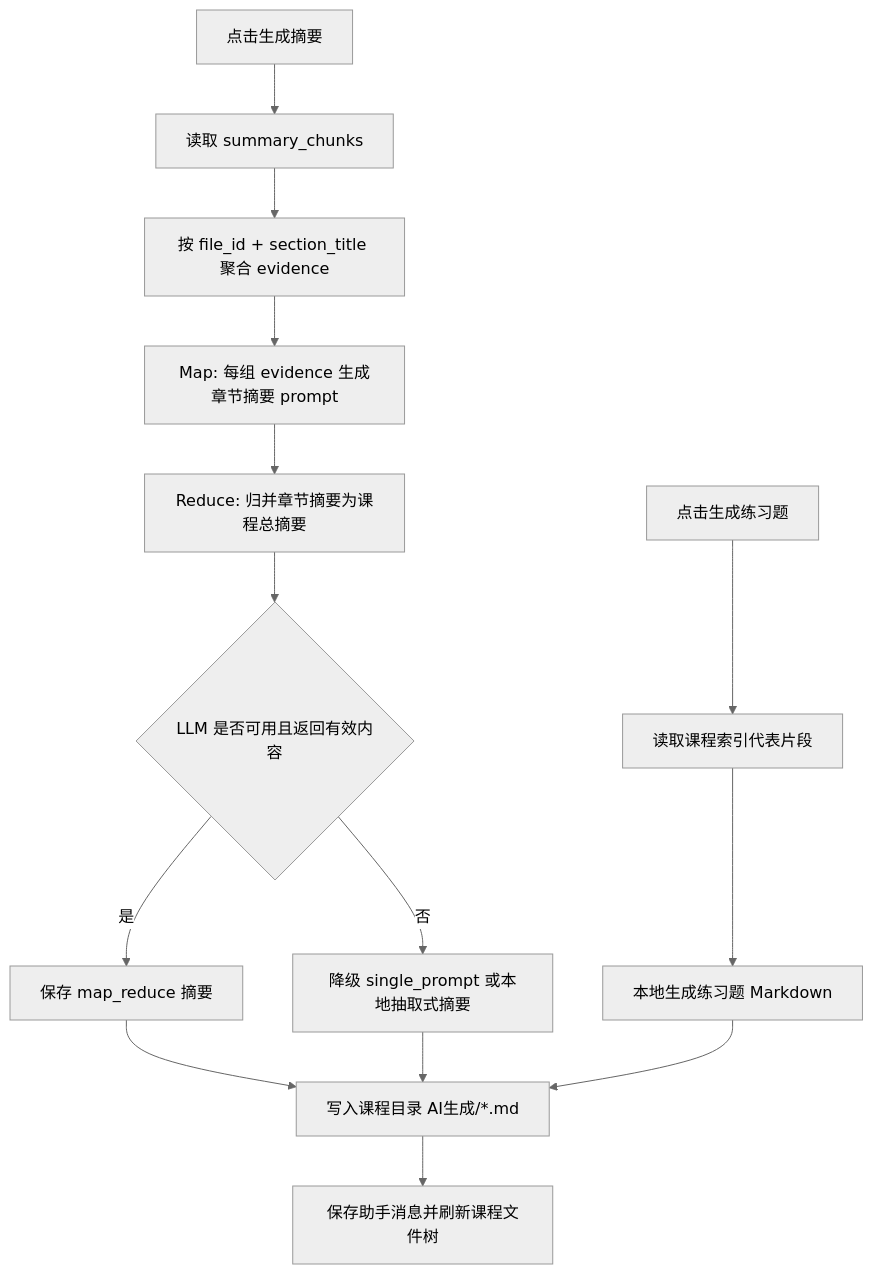
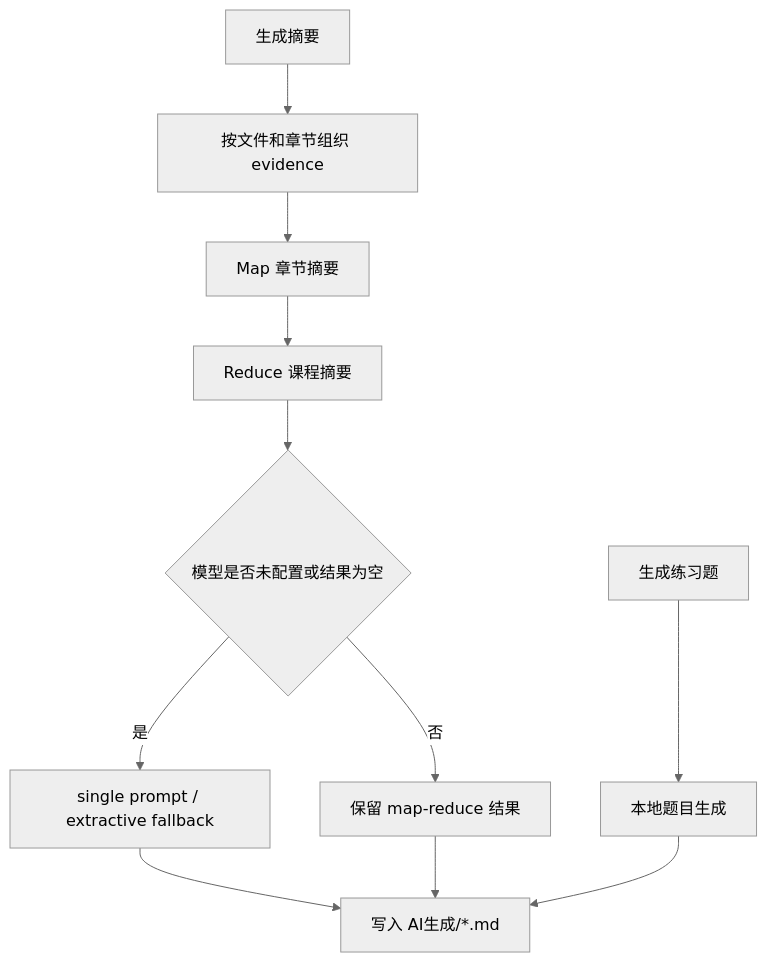
The fourth of 5 diagrams in docs/系统设计.md (LuMH1027/ai-learn-assistant), drawn with Mermaid (neutral theme) before and after one commit. The commit also changed other lines of this file and 50 other files, not shown here.

````diff
--- a/docs/系统设计.md
+++ b/docs/系统设计.md
@@ -264,17 +88,13 @@
 ```mermaid
 flowchart TD
-    A["点击生成摘要"] --> B["读取 summary_chunks"]
-    B --> C["按 file_id + section_title 聚合 evidence"]
-    C --> D["Map: 每组 evidence 生成章节摘要 prompt"]
-    D --> E["Reduce: 归并章节摘要为课程总摘要"]
-    E --> F{"LLM 是否可用且返回有效内容"}
-    F -- 是 --> G["保存 map_reduce 摘要"]
-    F -- 否 --> H["降级 single_prompt 或本地抽取式摘要"]
-    G --> I["写入课程目录 AI生成/*.md"]
-    H --> I
-    I --> J["保存助手消息并刷新课程文件树"]
-
-    K["点击生成练习题"] --> L["读取课程索引代表片段"]
-    L --> M["本地生成练习题 Markdown"]
-    M --> I
+    A["生成摘要"] --> B["按文件和章节组织 evidence"]
+    B --> C["Map 章节摘要"]
+    C --> D["Reduce 课程摘要"]
+    D --> E{"模型是否未配置或结果为空"}
+    E -->|是| F["single prompt / extractive fallback"]
+    E -->|否| G["保留 map-reduce 结果"]
+    F --> H["写入 AI生成/*.md"]
+    G --> H
+    I["生成练习题"] --> J["本地题目生成"]
+    J --> H
 ```
````
